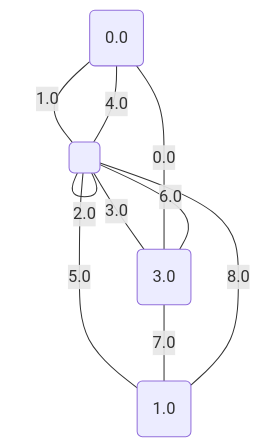
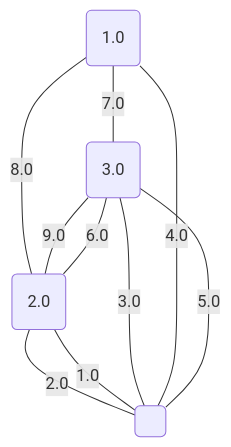
Diagram 13 of 17 in project/src/testing/minCutPetersen.md (metury/graphs), drawn with Mermaid before and after one commit. The commit also changed other lines of this file and 27 other files, not shown here.

````diff
--- a/project/src/testing/minCutPetersen.md
+++ b/project/src/testing/minCutPetersen.md
@@ -335,16 +335,16 @@
 ```mermaid
 graph TD;
-0("0.0");
-1("1.0");
+0("1.0");
+1("2.0");
 2("3.0");
 3(" ");
-	2 -- "0.0" --- 0;
-	0 -- "1.0" --- 3;
-	3 -- "2.0" --- 3;
+	3 -- "1.0" --- 1;
+	1 -- "2.0" --- 3;
 	3 -- "3.0" --- 2;
-	0 -- "4.0" --- 3;
-	3 -- "5.0" --- 1;
-	2 -- "6.0" --- 3;
-	2 -- "7.0" --- 1;
-	3 -- "8.0" --- 1;
+	3 -- "4.0" --- 0;
+	3 -- "5.0" --- 2;
+	1 -- "6.0" --- 2;
+	0 -- "7.0" --- 2;
+	0 -- "8.0" --- 1;
+	2 -- "9.0" --- 1;
 ```
````
